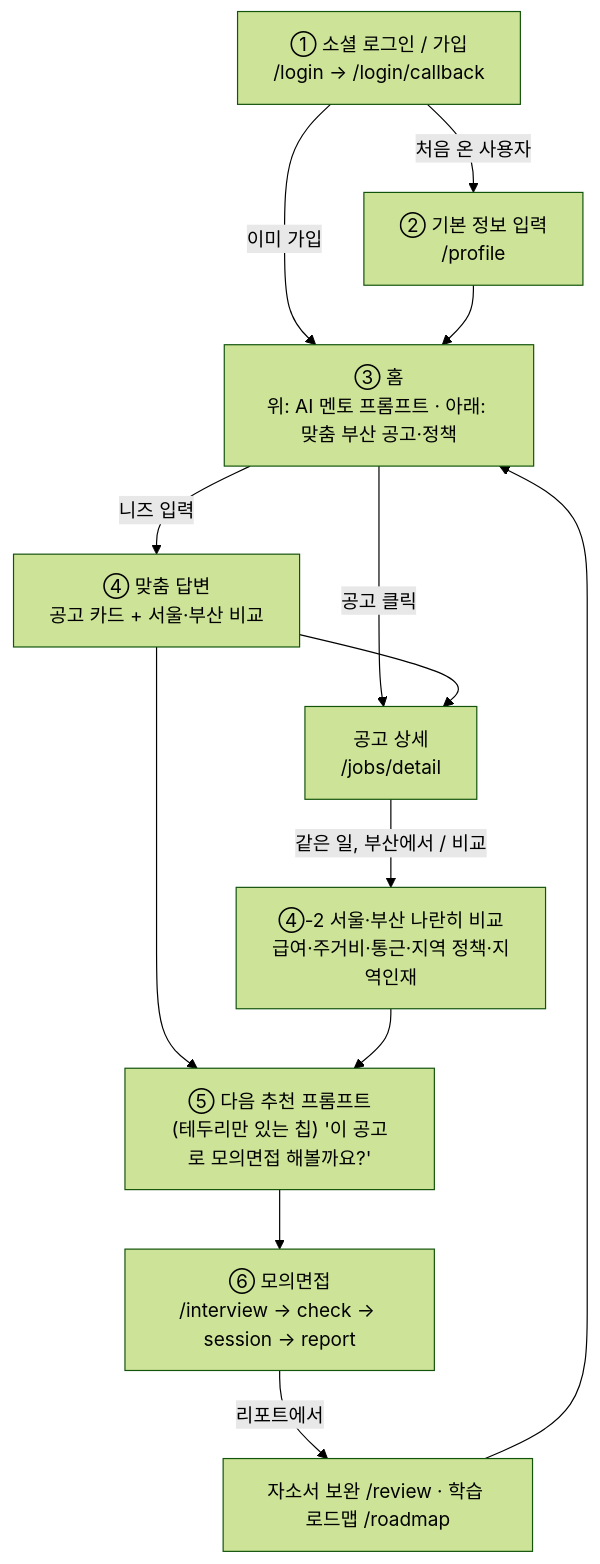
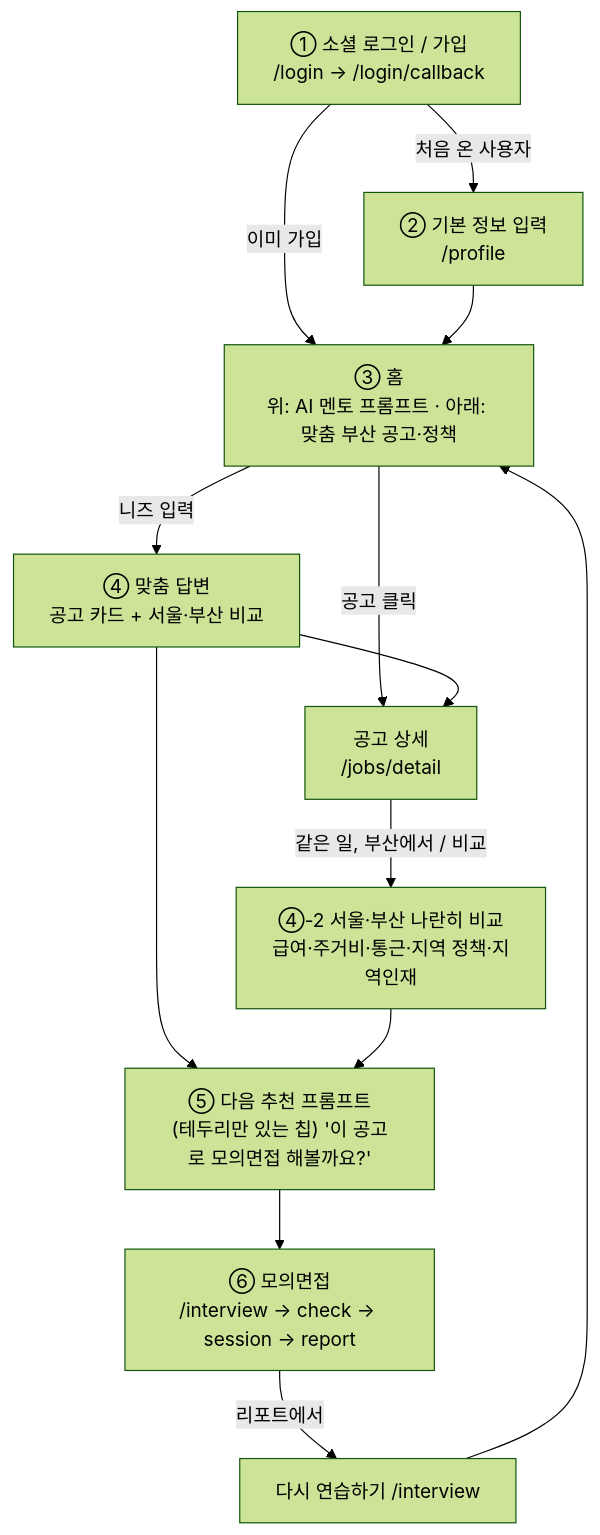
One commit to ai-maestro-team7/ai-maestro-team7 changed the diagram in docs/user-flow.md. Above: the diagram before and after it, drawn with Mermaid (forest theme). The commit also changed other lines of this file and 42 other files, not shown here.

````diff
--- a/docs/user-flow.md
+++ b/docs/user-flow.md
@@ -9,15 +9,15 @@
 ```mermaid
 flowchart TD
     A["① 소셜 로그인 / 가입<br/>/login → /login/callback"] -->|처음 온 사용자| B["② 기본 정보 입력<br/>/profile"]
     A -->|이미 가입| C
     B --> C["③ 홈<br/>위: AI 멘토 프롬프트 · 아래: 맞춤 부산 공고·정책"]
     C -->|니즈 입력| D["④ 맞춤 답변<br/>공고 카드 + 서울·부산 비교"]
     C -->|공고 클릭| E["공고 상세<br/>/jobs/detail"]
     D --> E
     E -->|같은 일, 부산에서 / 비교| F["④-2 서울·부산 나란히 비교<br/>급여·주거비·통근·지역 정책·지역인재"]
     D --> G["⑤ 다음 추천 프롬프트<br/>(테두리만 있는 칩) '이 공고로 모의면접 해볼까요?'"]
     F --> G
     G --> H["⑥ 모의면접<br/>/interview → check → session → report"]
-    H -->|리포트에서| I["자소서 보완 /review · 학습 로드맵 /roadmap"]
+    H -->|리포트에서| I["다시 연습하기 /interview"]
     I --> C
 ```
````
